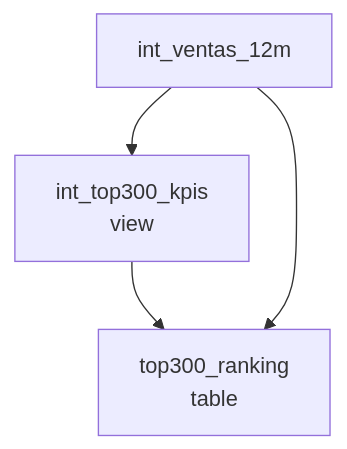
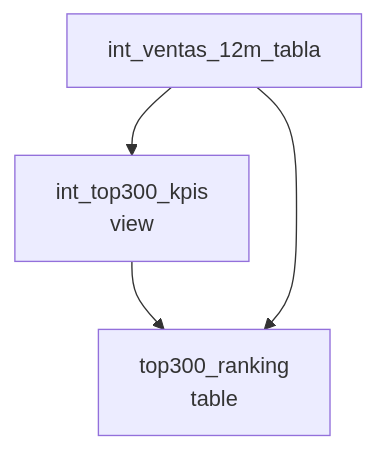
The fourth of 5 diagrams in ARQUITECTURA.md (adrian-dato/dbt-ahorrazo), drawn with Mermaid before and after one commit. The commit also changed other lines of this file and 6 other files, not shown here.

````diff
--- a/ARQUITECTURA.md
+++ b/ARQUITECTURA.md
@@ -198,6 +229,6 @@
 ```mermaid
 graph TD
-    INT_12M[int_ventas_12m] --> KPIS[int_top300_kpis<br/>view]
+    INT_12M[int_ventas_12m_tabla] --> KPIS[int_top300_kpis<br/>view]
     KPIS --> RANK[top300_ranking<br/>table]
     INT_12M --> RANK
 ```
````
